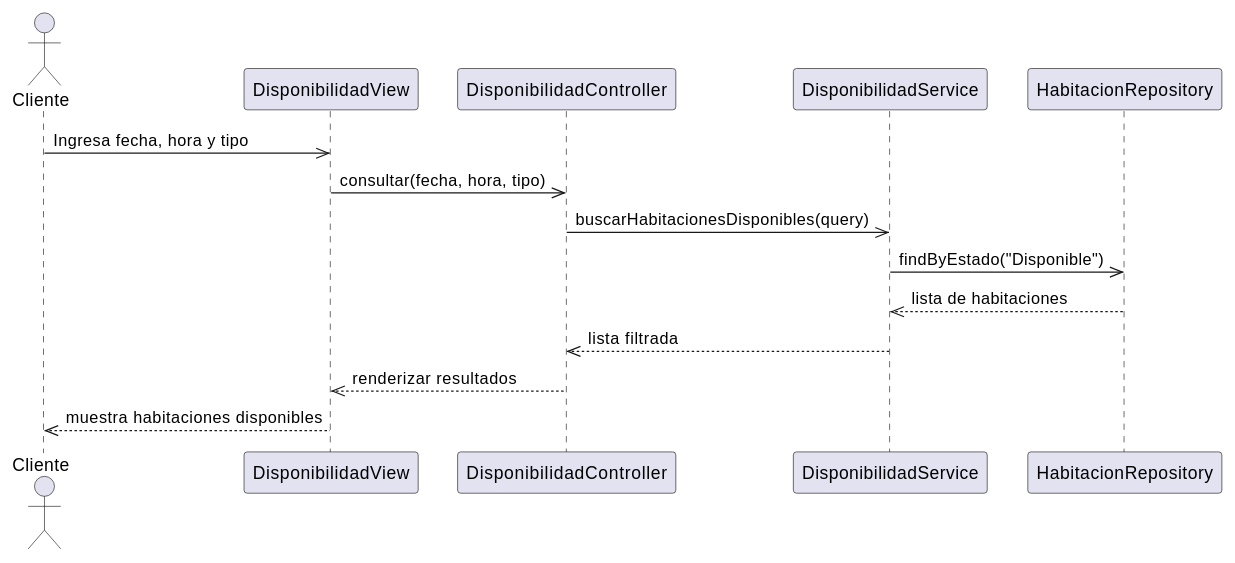
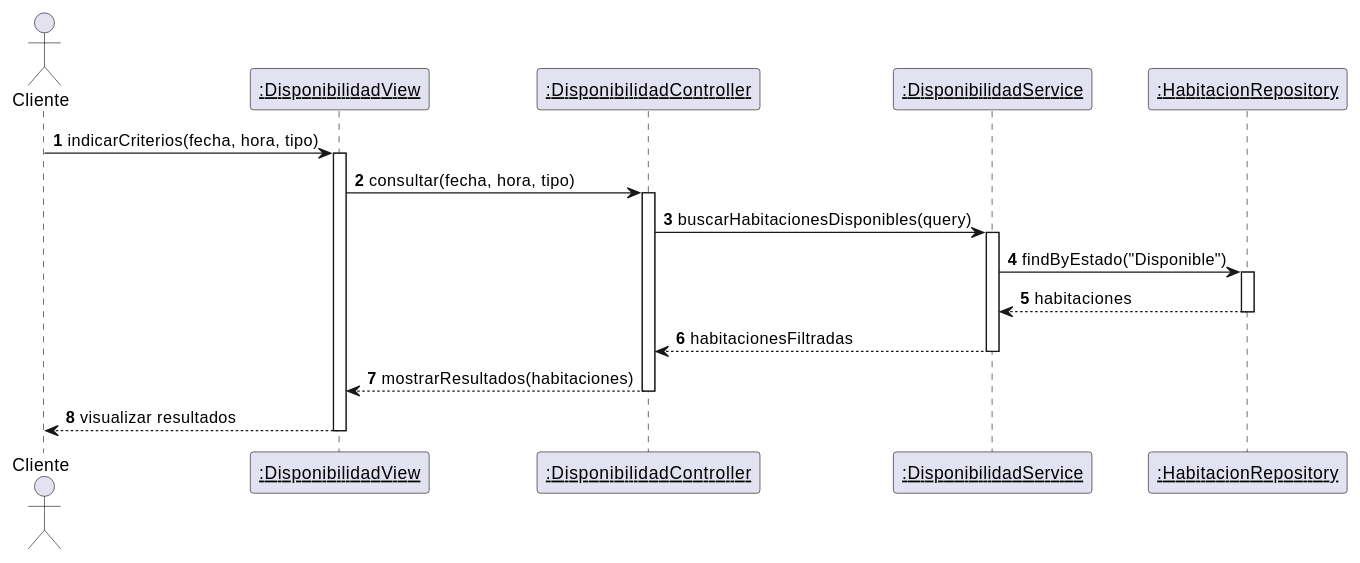
The third of 36 diagrams in RefactorV4.md (Tsmrain/GestionSistemas), drawn with PlantUML before and after one commit. The commit also changed other lines of this file and 1 other file, not shown here.

Commit message:
refactor: enhance UML diagrams with GRASP stereotypes, layer annotations, and updated sequence interactions.

````diff
--- a/RefactorV4.md
+++ b/RefactorV4.md
@@ -392,18 +410,27 @@
 ```plantuml
 @startuml
+autonumber
 actor Cliente
-participant "DisponibilidadView" as View
-participant "DisponibilidadController" as Ctrl
-participant "DisponibilidadService" as Serv
-participant "HabitacionRepository" as Repo
+participant "<u>:DisponibilidadView</u>" as View
+participant "<u>:DisponibilidadController</u>" as Ctrl
+participant "<u>:DisponibilidadService</u>" as Serv
+participant "<u>:HabitacionRepository</u>" as Repo
 
-Cliente ->> View: Ingresa fecha, hora y tipo
-View ->> Ctrl: consultar(fecha, hora, tipo)
-Ctrl ->> Serv: buscarHabitacionesDisponibles(query)
-Serv ->> Repo: findByEstado("Disponible")
-Repo -->> Serv: lista de habitaciones
-Serv -->> Ctrl: lista filtrada
-Ctrl -->> View: renderizar resultados
-View -->> Cliente: muestra habitaciones disponibles
+Cliente -> View : indicarCriterios(fecha, hora, tipo)
+activate View
+View -> Ctrl : consultar(fecha, hora, tipo)
+activate Ctrl
+Ctrl -> Serv : buscarHabitacionesDisponibles(query)
+activate Serv
+Serv -> Repo : findByEstado("Disponible")
+activate Repo
+Repo --> Serv : habitaciones
+deactivate Repo
+Serv --> Ctrl : habitacionesFiltradas
+deactivate Serv
+Ctrl --> View : mostrarResultados(habitaciones)
+deactivate Ctrl
+View --> Cliente : visualizar resultados
+deactivate View
 @enduml
 ```
````
